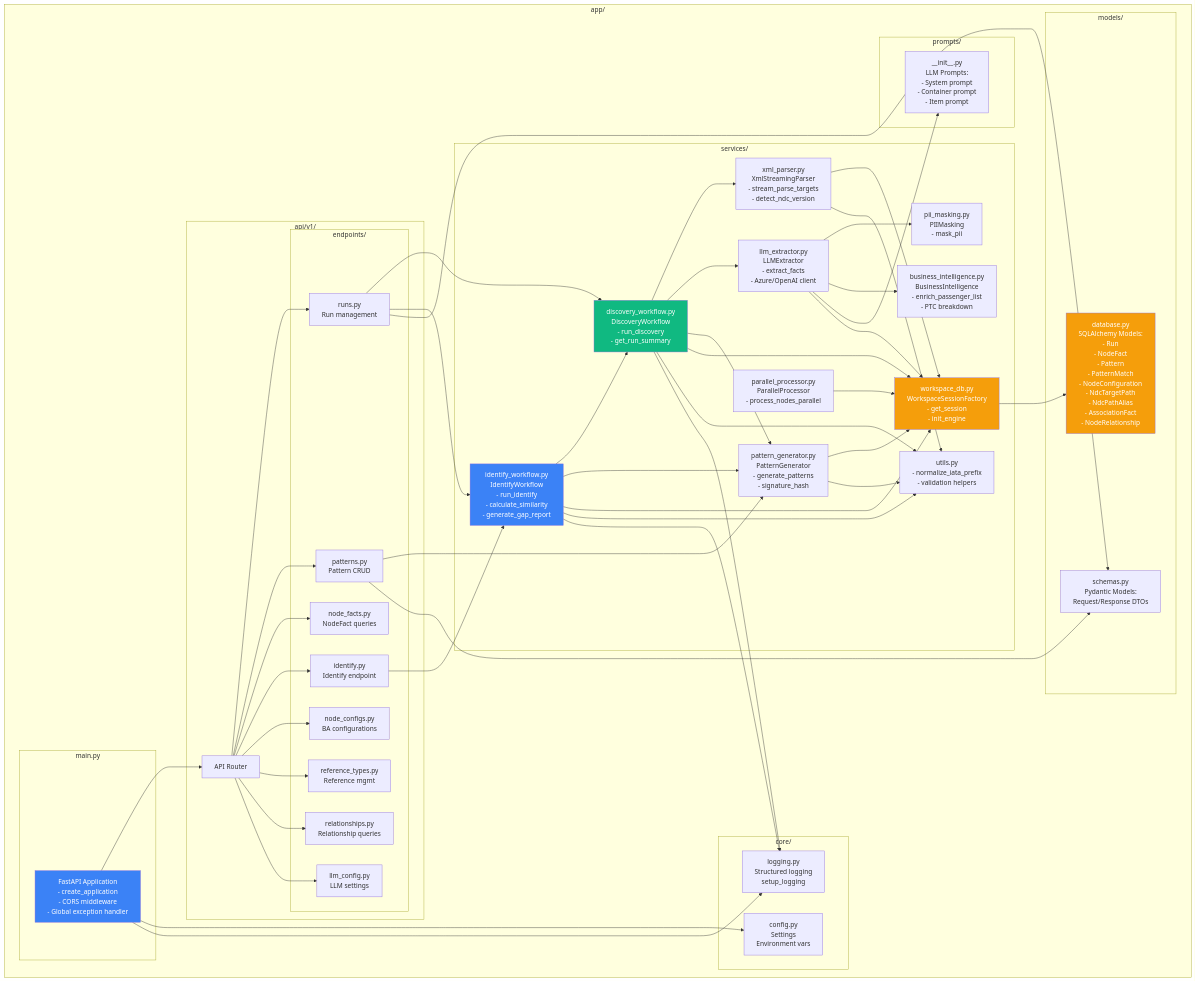
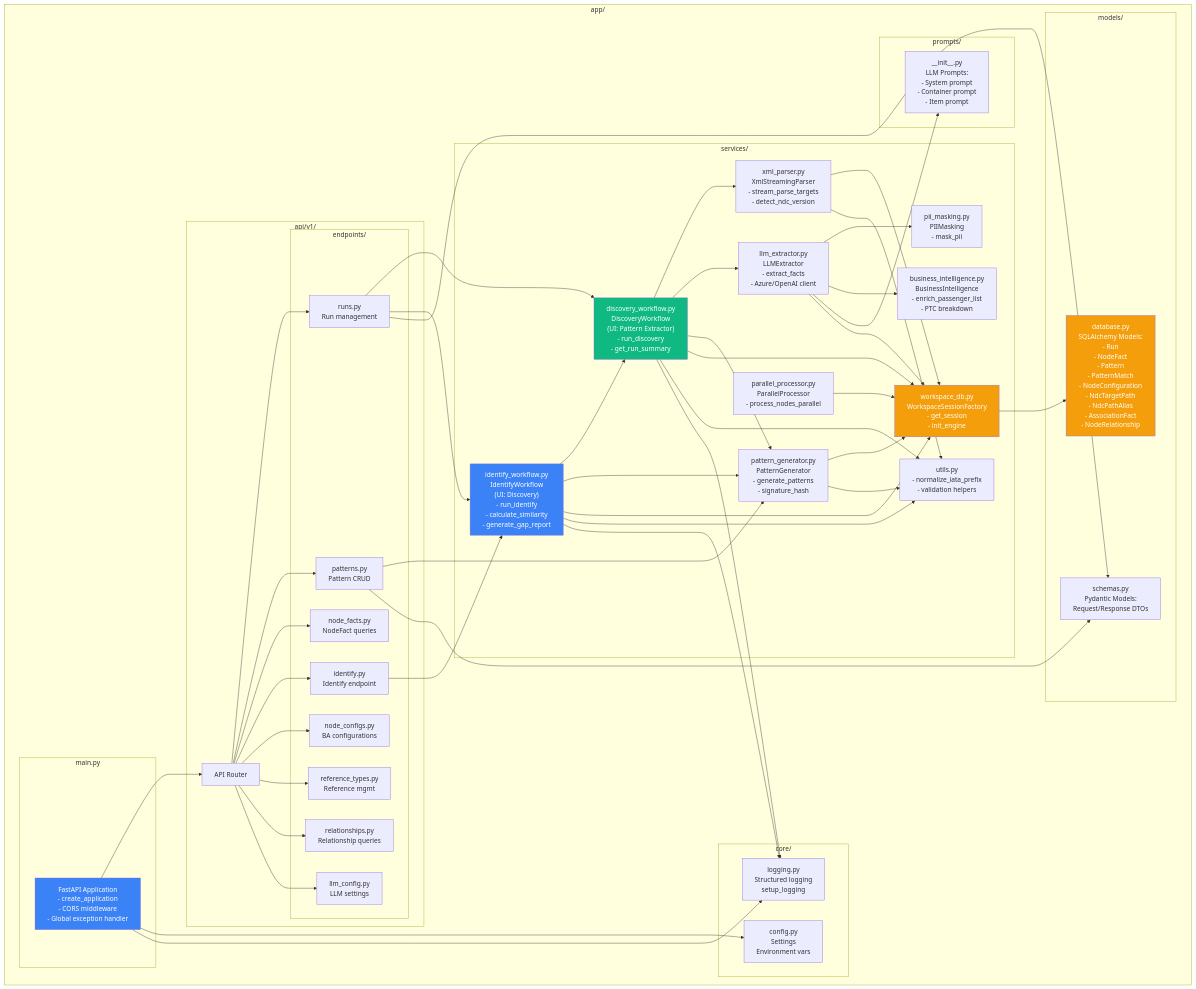
Before and after one commit to nikhil-codes-hub/ad_revamped: the fourth of 13 diagrams in docs/System_Diagrams.md, drawn with Mermaid. The commit also changed other lines of this file, not shown here.

First line of the commit message:
Update terminology: UI naming (Pattern Extractor/Discovery) vs Backend naming

```diff
--- a/docs/System_Diagrams.md
+++ b/docs/System_Diagrams.md
@@ -317,8 +337,8 @@
         end
 
         subgraph "services/"
-            DiscWF[discovery_workflow.py<br/>DiscoveryWorkflow<br/>- run_discovery<br/>- get_run_summary]
-            IdentWF[identify_workflow.py<br/>IdentifyWorkflow<br/>- run_identify<br/>- calculate_similarity<br/>- generate_gap_report]
+            DiscWF["discovery_workflow.py<br/>DiscoveryWorkflow<br/>(UI: Pattern Extractor)<br/>- run_discovery<br/>- get_run_summary"]
+            IdentWF["identify_workflow.py<br/>IdentifyWorkflow<br/>(UI: Discovery)<br/>- run_identify<br/>- calculate_similarity<br/>- generate_gap_report"]
             XMLParse[xml_parser.py<br/>XmlStreamingParser<br/>- stream_parse_targets<br/>- detect_ndc_version]
             LLMExt[llm_extractor.py<br/>LLMExtractor<br/>- extract_facts<br/>- Azure/OpenAI client]
             PatGen[pattern_generator.py<br/>PatternGenerator<br/>- generate_patterns<br/>- signature_hash]
```
